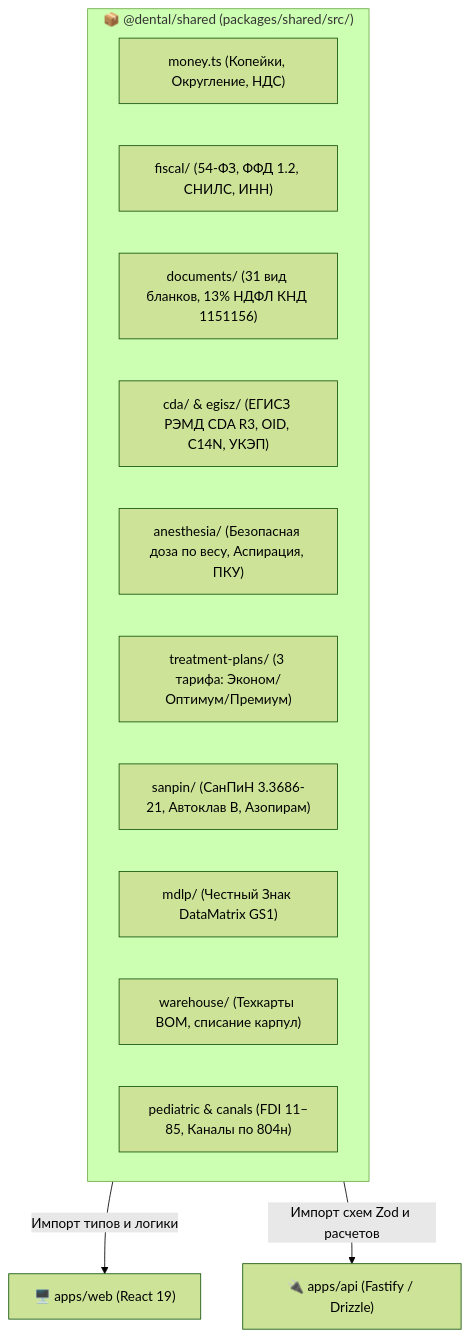
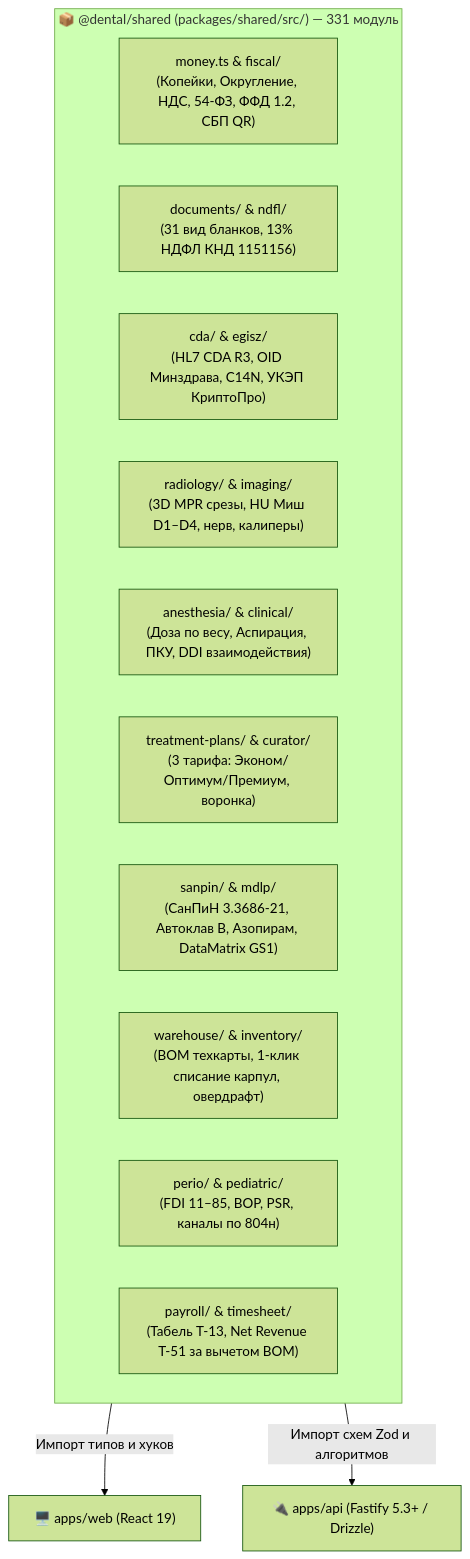
The diagram in docs/competitive-audit/ALGORITHMS_AND_SHARED_DEEP_MAP.md (marko1olo/dental-crm), drawn with Mermaid (forest theme) before and after one commit. The commit also changed other lines of this file and 108 other files, not shown here.

````diff
--- a/docs/competitive-audit/ALGORITHMS_AND_SHARED_DEEP_MAP.md
+++ b/docs/competitive-audit/ALGORITHMS_AND_SHARED_DEEP_MAP.md
@@ -13,18 +13,18 @@
 ```mermaid
 graph TD
-    subgraph SHARED_CORE["📦 @dental/shared (packages/shared/src/)"]
-        M1["money.ts (Копейки, Округление, НДС)"]
-        M2["fiscal/ (54-ФЗ, ФФД 1.2, СНИЛС, ИНН)"]
-        M3["documents/ (31 вид бланков, 13% НДФЛ КНД 1151156)"]
-        M4["cda/ & egisz/ (ЕГИСЗ РЭМД CDA R3, OID, C14N, УКЭП)"]
-        M5["anesthesia/ (Безопасная доза по весу, Аспирация, ПКУ)"]
-        M6["treatment-plans/ (3 тарифа: Эконом/Оптимум/Премиум)"]
-        M7["sanpin/ (СанПиН 3.3686-21, Автоклав B, Азопирам)"]
-        M8["mdlp/ (Честный Знак DataMatrix GS1)"]
-        M9["warehouse/ (Техкарты BOM, списание карпул)"]
-        M10["pediatric & canals (FDI 11–85, Каналы по 804н)"]
+    subgraph SHARED_CORE["📦 @dental/shared (packages/shared/src/) — 331 модуль"]
+        M1["money.ts & fiscal/<br/>(Копейки, Округление, НДС, 54-ФЗ, ФФД 1.2, СБП QR)"]
+        M2["documents/ & ndfl/<br/>(31 вид бланков, 13% НДФЛ КНД 1151156)"]
+        M3["cda/ & egisz/<br/>(HL7 CDA R3, OID Минздрава, C14N, УКЭП КриптоПро)"]
+        M4["radiology/ & imaging/<br/>(3D MPR срезы, HU Миш D1–D4, нерв, калиперы)"]
+        M5["anesthesia/ & clinical/<br/>(Доза по весу, Аспирация, ПКУ, DDI взаимодействия)"]
+        M6["treatment-plans/ & curator/<br/>(3 тарифа: Эконом/Оптимум/Премиум, воронка)"]
+        M7["sanpin/ & mdlp/<br/>(СанПиН 3.3686-21, Автоклав B, Азопирам, DataMatrix GS1)"]
+        M8["warehouse/ & inventory/<br/>(BOM техкарты, 1-клик списание карпул, овердрафт)"]
+        M9["perio/ & pediatric/<br/>(FDI 11–85, BOP, PSR, каналы по 804н)"]
+        M10["payroll/ & timesheet/<br/>(Табель Т-13, Net Revenue Т-51 за вычетом BOM)"]
     end
 
-    SHARED_CORE -->|Импорт типов и логики| WEB["🖥️ apps/web (React 19)"]
-    SHARED_CORE -->|Импорт схем Zod и расчетов| API["🔌 apps/api (Fastify / Drizzle)"]
+    SHARED_CORE -->|Импорт типов и хуков| WEB["🖥️ apps/web (React 19)"]
+    SHARED_CORE -->|Импорт схем Zod и алгоритмов| API["🔌 apps/api (Fastify 5.3+ / Drizzle)"]
 ```
````
